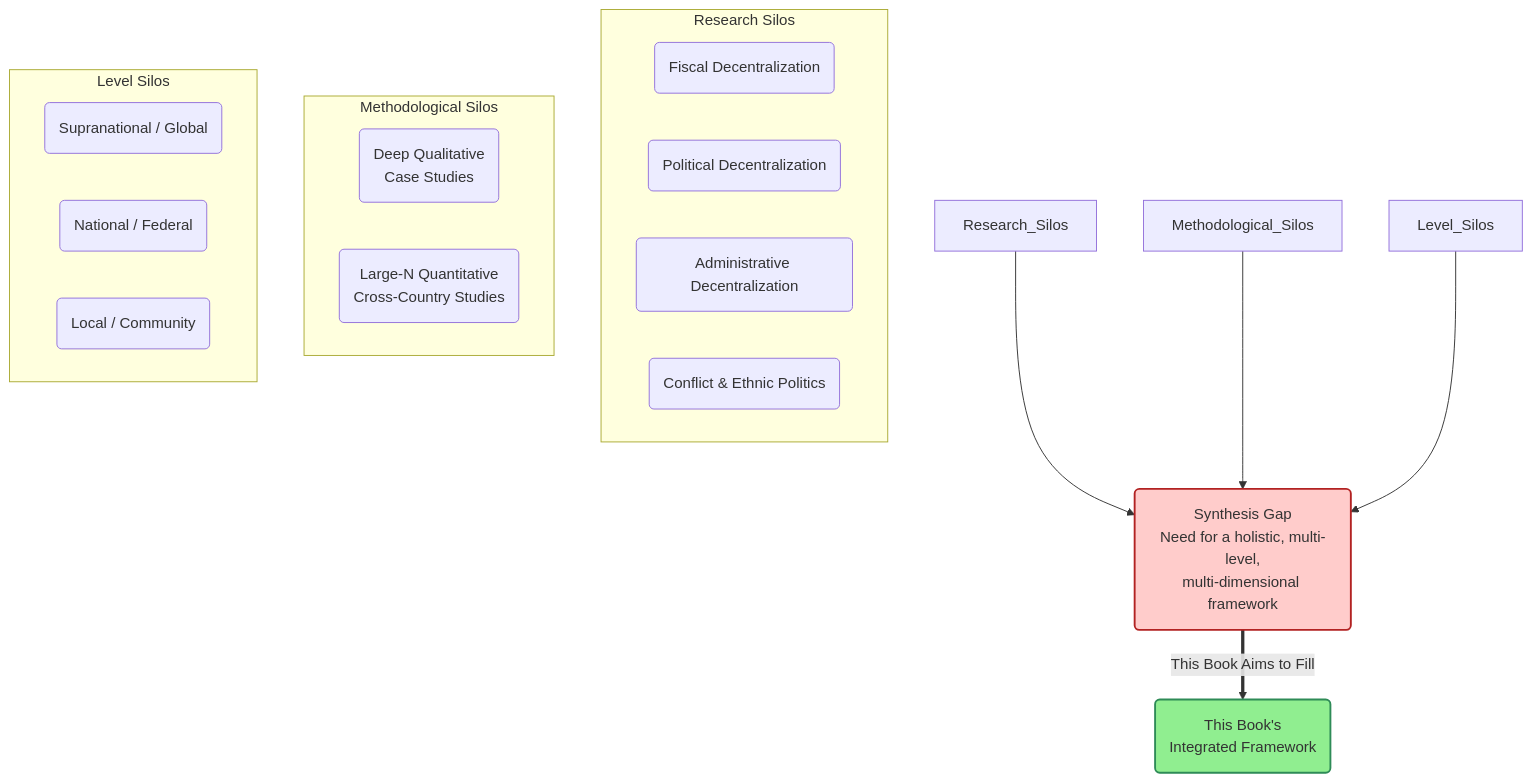
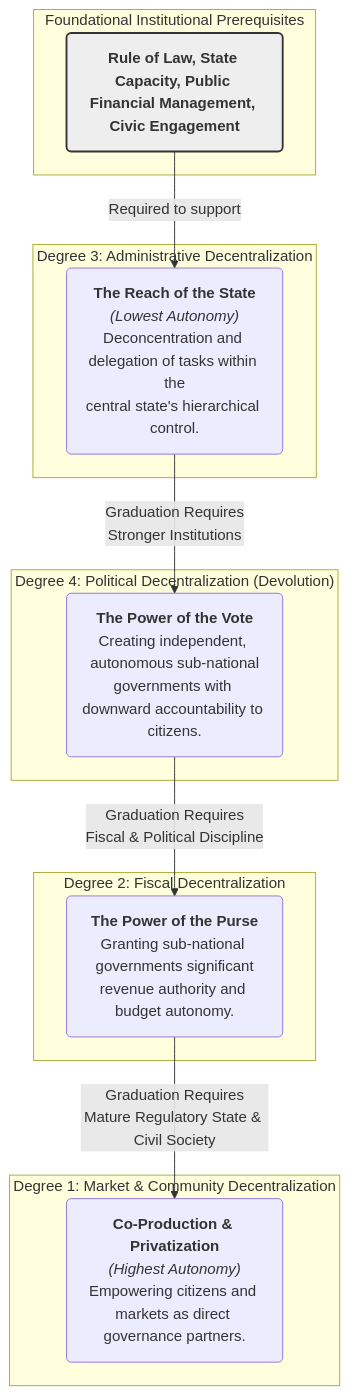
Before and after one commit to Aboutorabi/2.1.md: the diagram in 2.1.md, drawn with Mermaid.

````diff
--- a/2.1.md
+++ b/2.1.md
@@ -1,34 +1,27 @@
 ```mermaid
 graph TD
-    subgraph Research Silos
-        direction LR
-        A(Fiscal Decentralization<br><i>)
-        B(Political Decentralization<br><i>)
-        C(Administrative Decentralization<br><i>)
-        D(Conflict & Ethnic Politics<br><i>)
+    subgraph "Degree 1: Market & Community Decentralization"
+        D4("<b>Co-Production & Privatization</b><br><i>(Highest Autonomy)</i><br>Empowering citizens and markets as direct governance partners.")
+    end
+    subgraph "Degree 2: Fiscal Decentralization"
+        D3("<b>The Power of the Purse</b><br>Granting sub-national governments significant<br>revenue authority and budget autonomy.")
+    end
+    subgraph "Degree 3: Administrative Decentralization"
+        D1("<b>The Reach of the State</b><br><i>(Lowest Autonomy)</i><br>Deconcentration and delegation of tasks within the<br>central state's hierarchical control.")
+    end
+    subgraph "Degree 4: Political Decentralization (Devolution)"
+        D2("<b>The Power of the Vote</b><br>Creating independent, autonomous sub-national<br>governments with downward accountability to citizens.")
+    end
+    
+    subgraph "Foundational Institutional Prerequisites"
+        F("<b>Rule of Law, State Capacity, Public Financial Management, Civic Engagement</b>")
     end
 
-    subgraph Methodological Silos
-        direction LR
-        E(Deep Qualitative<br>Case Studies<br><i>)
-        F(Large-N Quantitative<br>Cross-Country Studies<br><i>)
-    end
+    F -- "Required to support" --> D1
+    D1 -- "Graduation Requires<br>Stronger Institutions" --> D2
+    D2 -- "Graduation Requires<br>Fiscal & Political Discipline" --> D3
+    D3 -- "Graduation Requires<br>Mature Regulatory State & Civil Society" --> D4
 
-    subgraph Level Silos
-        direction LR
-        G(Supranational / Global<br><i>)
-        H(National / Federal<br><i>)
-        I(Local / Community<br><i>)
-    end
+    style F fill:#eee,stroke:#333,stroke-width:2px
 
-    Gap(Synthesis Gap<br>Need for a holistic, multi-level,<br>multi-dimensional framework)
-
-    Research_Silos --> Gap
-    Methodological_Silos --> Gap
-    Level_Silos --> Gap
-
-    Gap ==>|This Book Aims to Fill| Book(This Book's<br>Integrated Framework)
-
-    style Gap fill:#ffcccb,stroke:#b22222,stroke-width:2px
-    style Book fill:#90ee90,stroke:#2e8b57,stroke-width:2px
 ```
````
